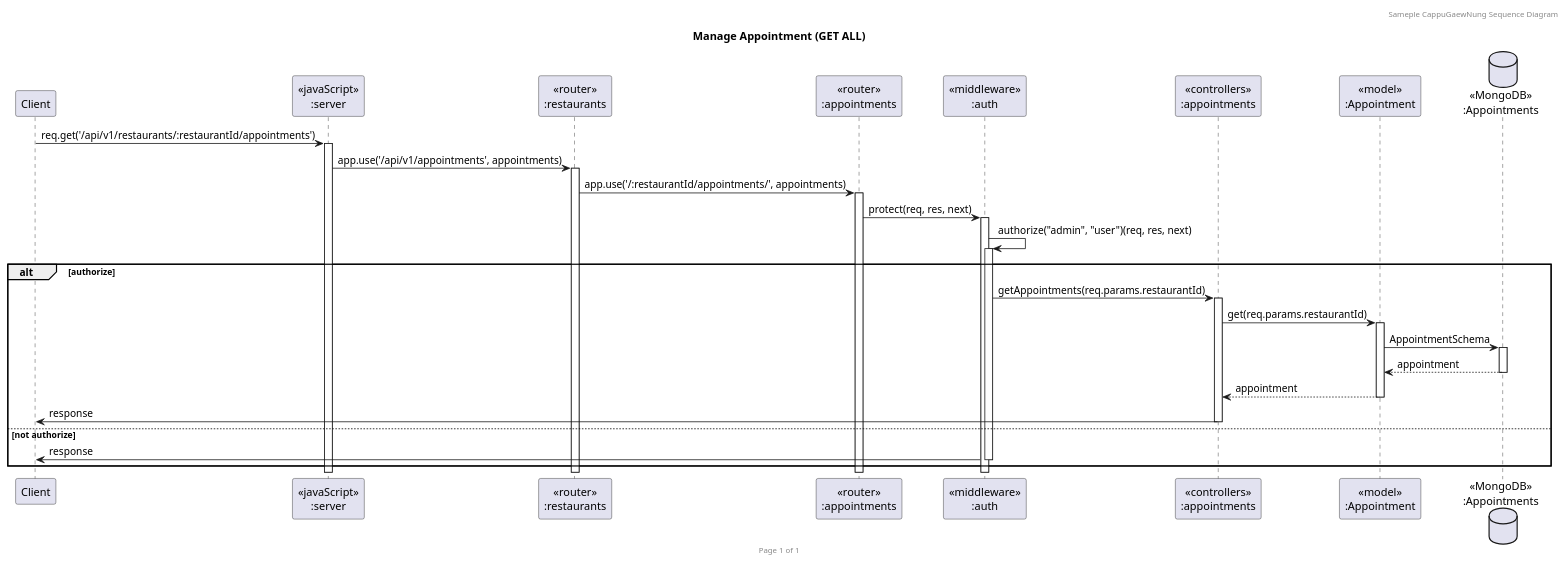
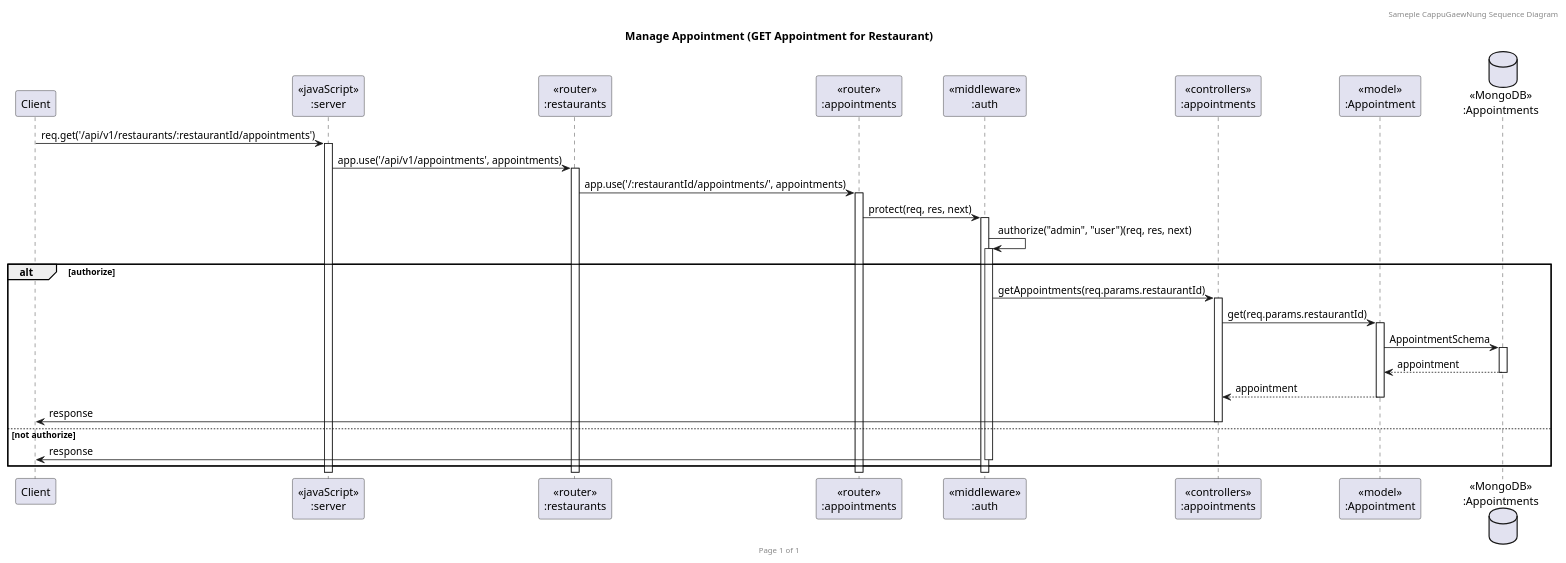
One commit to punyaphatsura/SW-Dev-I-Project-Backend changed the diagram in sequence_diagram/appointments/getApptForRest.puml. Above: the diagram before and after it, drawn with PlantUML. The commit also changed 4 other files, not shown here.

Commit message:
docs: :sparkles: Update Diagram

```diff
--- a/sequence_diagram/appointments/getApptForRest.puml
+++ b/sequence_diagram/appointments/getApptForRest.puml
@@ -1,34 +1,34 @@
 @startuml ManageAppointmentGetAll
 
 header Sameple CappuGaewNung Sequence Diagram
 footer Page %page% of %lastpage%
-title "Manage Appointment (GET ALL)"
+title "Manage Appointment (GET Appointment for Restaurant)"
 
 participant "Client" as client
 participant "<<javaScript>>\n:server" as server
 participant "<<router>>\n:restaurants" as routerRestaurants
 participant "<<router>>\n:appointments" as routerAppointments
 participant "<<middleware>>\n:auth" as middleware
 participant "<<controllers>>\n:appointments" as controllersAppointments
 participant "<<model>>\n:Appointment" as modelAppointment
 database "<<MongoDB>>\n:Appointments" as AppointmentsDatabase
 
 client->server ++:req.get('/api/v1/restaurants/:restaurantId/appointments')
 server->routerRestaurants ++:app.use('/api/v1/appointments', appointments)
 routerRestaurants->routerAppointments ++:app.use('/:restaurantId/appointments/', appointments)
 routerAppointments->middleware ++:protect(req, res, next)
 middleware->middleware ++:authorize("admin", "user")(req, res, next)
 
 alt authorize 
     middleware->controllersAppointments ++:getAppointments(req.params.restaurantId)
     controllersAppointments->modelAppointment ++:get(req.params.restaurantId)
     modelAppointment ->AppointmentsDatabase ++: AppointmentSchema
     AppointmentsDatabase --> modelAppointment --: appointment
     controllersAppointments <-- modelAppointment --:appointment
     controllersAppointments->client --:response
 
 else not authorize
     middleware->client --:response
 end
 
 @enduml
```
